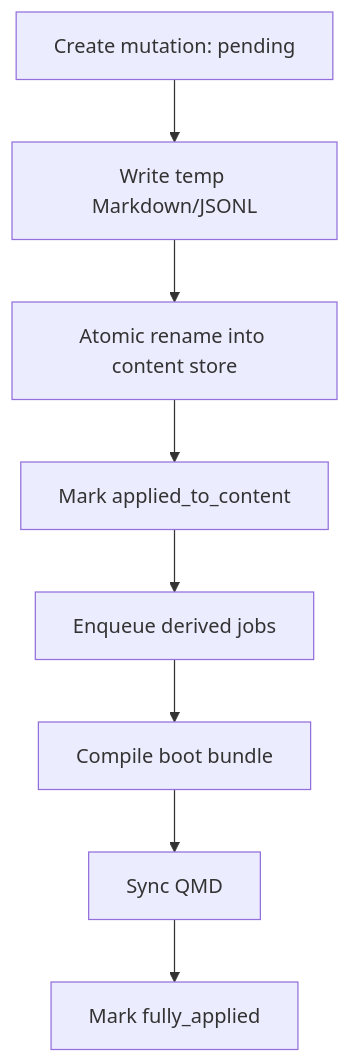
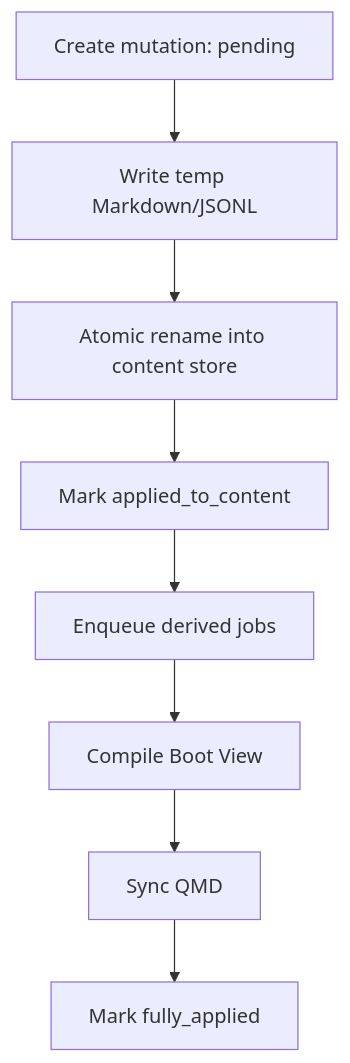
The diagram in docs/specs/2026-04-11-memfold/03-storage-and-qmd.zh-CN.md (yin52133/MemFold), drawn with Mermaid before and after one commit. The commit also changed other lines of this file and 7 other files, not shown here.

Commit message:
docs: rewrite architecture docs for clarity and flow

````diff
--- a/docs/specs/2026-04-11-memfold/03-storage-and-qmd.zh-CN.md
+++ b/docs/specs/2026-04-11-memfold/03-storage-and-qmd.zh-CN.md
@@ -119,12 +115,12 @@
 ```mermaid
 flowchart TD
     A[Create mutation: pending]
     B[Write temp Markdown/JSONL]
     C[Atomic rename into content store]
     D[Mark applied_to_content]
     E[Enqueue derived jobs]
-    F[Compile boot bundle]
+    F[Compile Boot View]
     G[Sync QMD]
     H[Mark fully_applied]
     A --> B --> C --> D --> E --> F --> G --> H
 ```
````
